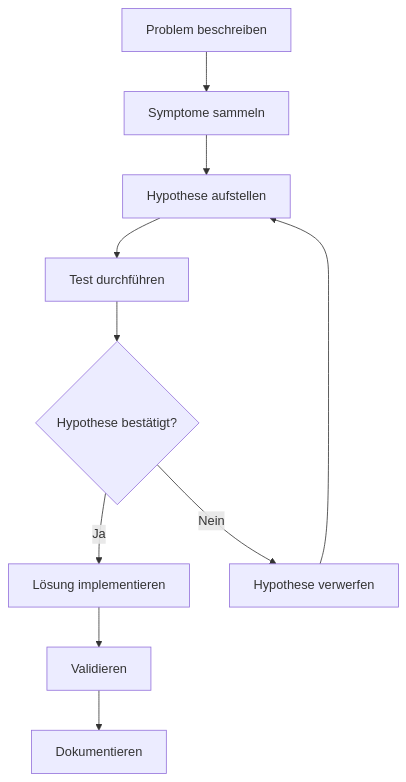
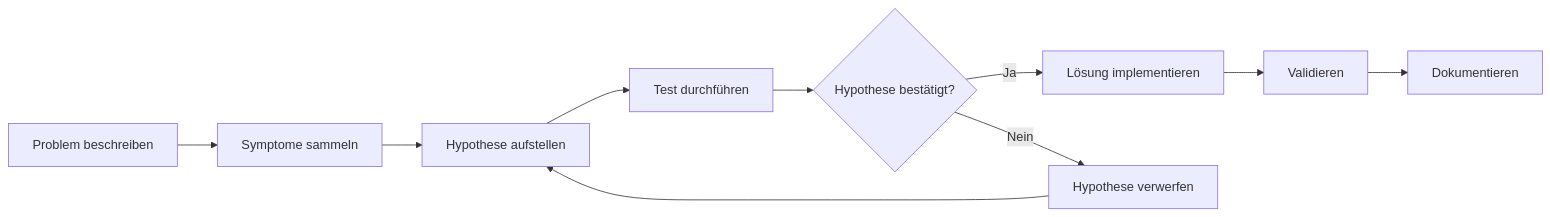
The diagram in docs/vorbereitung/troubleshooting.md (JacobMenge/it-support-specialist-ihk), drawn with Mermaid before and after one commit. The commit also changed 4 other files, not shown here.

````diff
--- a/docs/vorbereitung/troubleshooting.md
+++ b/docs/vorbereitung/troubleshooting.md
@@ -24,12 +24,12 @@
 ```mermaid
-flowchart TD
+flowchart LR
     A[Problem beschreiben] --> B[Symptome sammeln]
     B --> C[Hypothese aufstellen]
     C --> D[Test durchführen]
     D --> E{Hypothese bestätigt?}
     E -->|Ja| F[Lösung implementieren]
     E -->|Nein| G[Hypothese verwerfen]
     G --> C
     F --> H[Validieren]
     H --> I[Dokumentieren]
 ```
````
